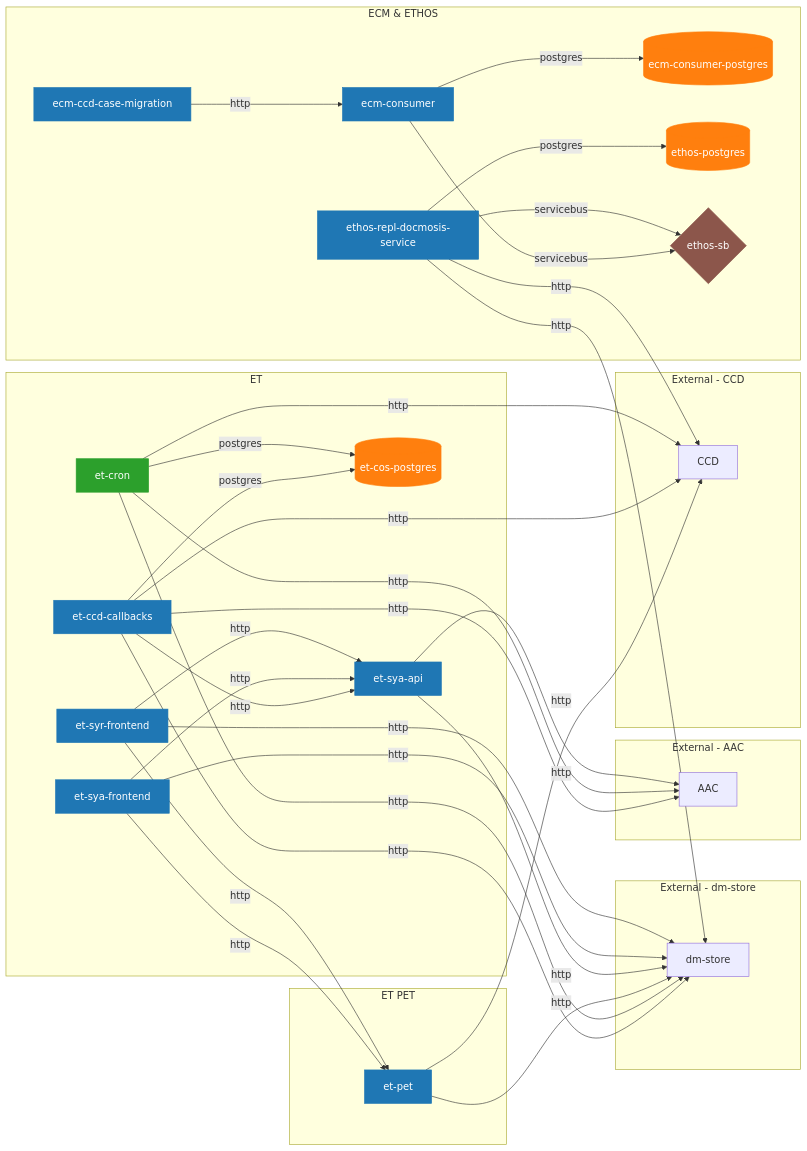
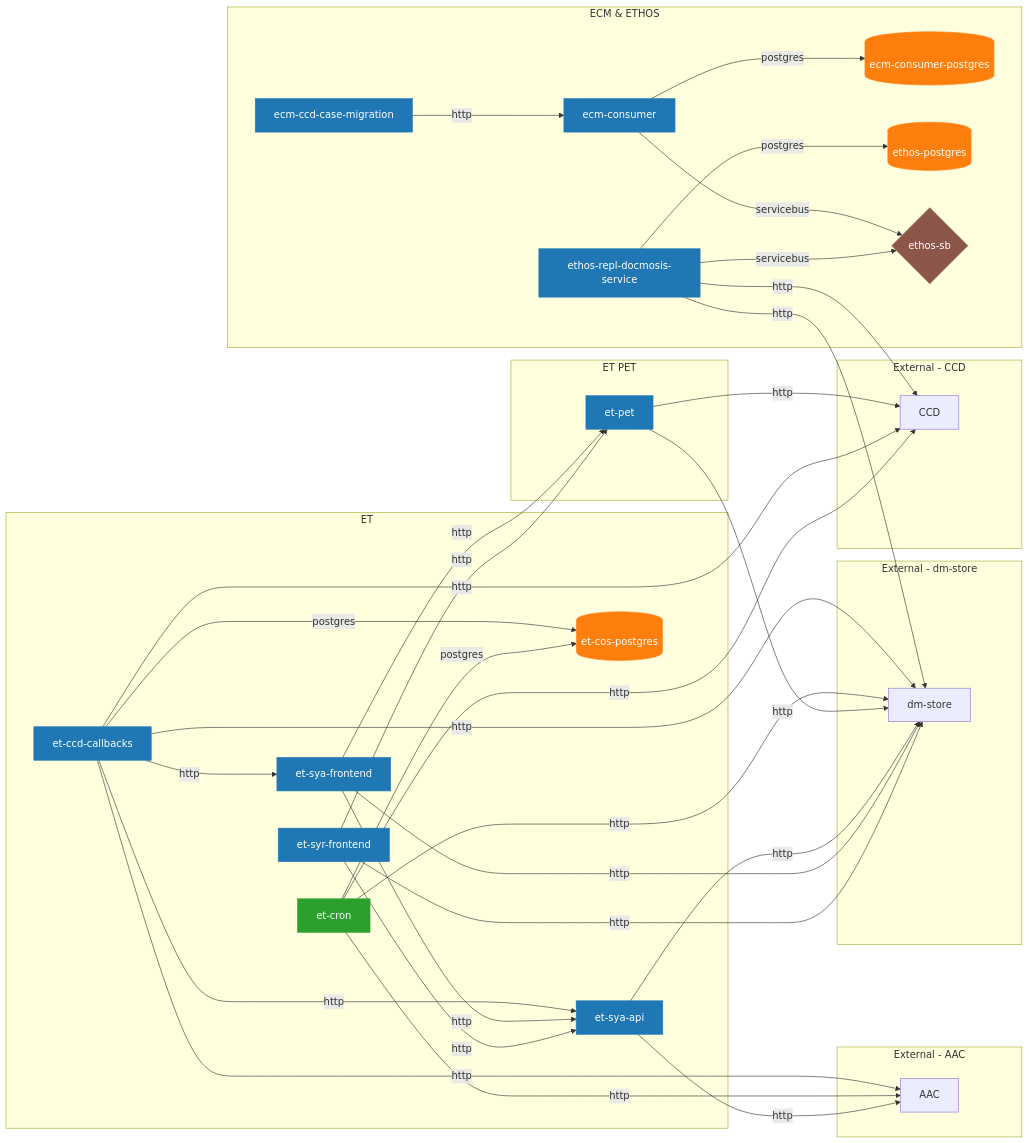
Before and after one commit to hmcts/dtsse-ccd-config-generator: the diagram in projects/decentralisation/et/solution-overview-1-httponly.md, drawn with Mermaid. The commit also changed 2 other files, not shown here.

Commit message:
Add ET solution overview 3 http only diagram and restore callbacks to SYA frontend link (#1328)
* Add ET solution overview 3 http only diagram

* Show et-ccd-callbacks calling et-sya-frontend in ET http only diagrams

---------

````diff
--- a/projects/decentralisation/et/solution-overview-1-httponly.md
+++ b/projects/decentralisation/et/solution-overview-1-httponly.md
@@ -1,76 +1,77 @@
 ```mermaid
 graph LR
 %%{init: {"flowchart": {"nodeSpacing": 60, "rankSpacing": 90}} }%%
 subgraph ECM_ETHOS[ECM & ETHOS]
   ecm_ccd_case_migration["ecm-ccd-case-migration"]
   ecm_consumer["ecm-consumer"]
   ethos_repl_docmosis_service["ethos-repl-docmosis-service"]
   consumerdb[("ecm-consumer-postgres")]
   ethosdb[("ethos-postgres")]
   ethossb{"ethos-sb"}
 end
 subgraph EXTERNAL_AAC[External - AAC]
   aac["AAC"]
 end
 subgraph EXTERNAL_DM_STORE[External - dm-store]
   dm_store["dm-store"]
 end
 subgraph EXTERNAL_CCD[External - CCD]
   ccd["CCD"]
 end
 subgraph ET_OTHER[ET]
   et_ccd_callbacks["et-ccd-callbacks"]
   et_cron["et-cron"]
   et_sya_api["et-sya-api"]
   et_sya_frontend["et-sya-frontend"]
   et_syr_frontend["et-syr-frontend"]
   cosdb[("et-cos-postgres")]
 end
 subgraph ET_PET[ET PET]
   et_pet["et-pet"]
 end
 ecm_ccd_case_migration -->|http| ecm_consumer
 et_ccd_callbacks -->|http| et_sya_api
+et_ccd_callbacks -->|http| et_sya_frontend
 et_sya_frontend -->|http| et_pet
 et_sya_frontend -->|http| et_sya_api
 et_syr_frontend -->|http| et_pet
 et_syr_frontend -->|http| et_sya_api
 ecm_consumer -->|postgres| consumerdb
 ethos_repl_docmosis_service -->|postgres| ethosdb
 ecm_consumer -->|servicebus| ethossb
 ethos_repl_docmosis_service -->|servicebus| ethossb
 et_ccd_callbacks -->|postgres| cosdb
 et_cron -->|postgres| cosdb
 et_ccd_callbacks -->|http| aac
 et_cron -->|http| aac
 et_sya_api -->|http| aac
 et_ccd_callbacks -->|http| dm_store
 et_cron -->|http| dm_store
 et_pet -->|http| dm_store
 et_sya_api -->|http| dm_store
 et_sya_frontend -->|http| dm_store
 et_syr_frontend -->|http| dm_store
 ethos_repl_docmosis_service -->|http| dm_store
 et_pet -->|http| ccd
 et_ccd_callbacks -->|http| ccd
 et_cron -->|http| ccd
 ethos_repl_docmosis_service -->|http| ccd
 classDef db fill:#ff7f0e,color:#fff,stroke:#ff7f0e;
 classDef queue fill:#8c564b,color:#fff,stroke:#8c564b;
 classDef service fill:#1f77b4,color:#fff,stroke:#1f77b4;
 classDef lib fill:#2ca02c,color:#fff,stroke:#2ca02c;
 classDef test fill:#e377c2,color:#fff,stroke:#e377c2;
 class consumerdb db;
 class ethosdb db;
 class cosdb db;
 class ethossb queue;
 class ecm_ccd_case_migration service;
 class ecm_consumer service;
 class et_ccd_callbacks service;
 class et_sya_api service;
 class et_syr_frontend service;
 class ethos_repl_docmosis_service service;
 class et_cron lib;
 class et_sya_frontend service;
 class et_pet service;
 ```
````
